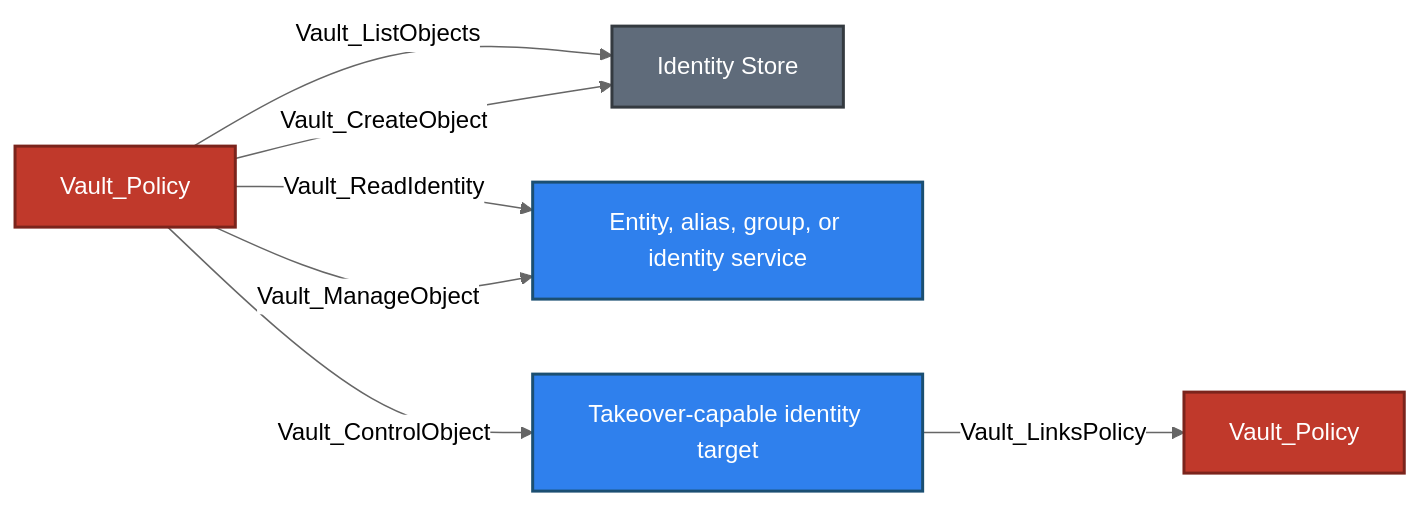
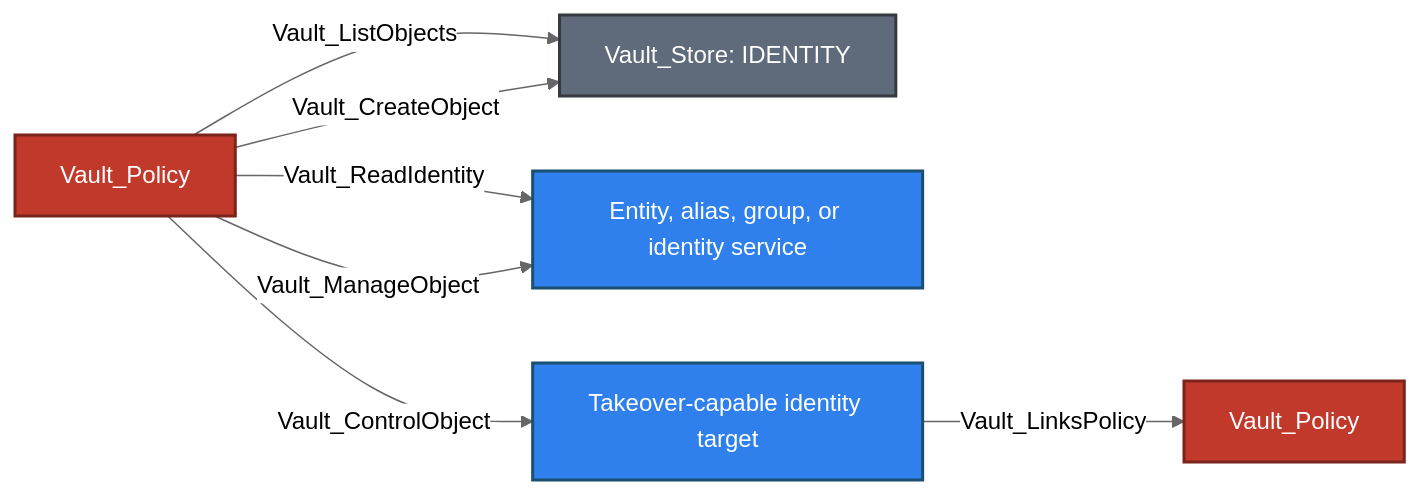
Before and after one commit to bytewreck/opengraph-vault: the third of 12 diagrams in Documentation/stores/IDENTITY.md, drawn with Mermaid (neutral theme). The commit also changed other lines of this file and 3 other files, not shown here.

````diff
--- a/Documentation/stores/IDENTITY.md
+++ b/Documentation/stores/IDENTITY.md
@@ -88,13 +167,13 @@
 ```mermaid
 flowchart LR
-    policy[Vault_Policy]:::policyNode -->|Vault_ListObjects| store[Identity Store]:::storeNode
+    policy[Vault_Policy]:::policyNode -->|Vault_ListObjects| store[Vault_Store: IDENTITY]:::storeNode
     policy -->|Vault_CreateObject| store
     policy -->|Vault_ReadIdentity| object[Entity, alias, group, or identity service]:::identityNode
     policy -->|Vault_ManageObject| object
     policy -->|Vault_ControlObject| controlled[Takeover-capable identity target]:::identityNode
     controlled -->|Vault_LinksPolicy| granted[Vault_Policy]:::policyNode
 
     classDef policyNode fill:#C0392B,color:#fff,stroke:#7B241C,stroke-width:2px
     classDef storeNode fill:#5F6B7A,color:#fff,stroke:#343A40,stroke-width:2px
     classDef identityNode fill:#2F80ED,color:#fff,stroke:#1B4F72,stroke-width:2px
 ```
````
